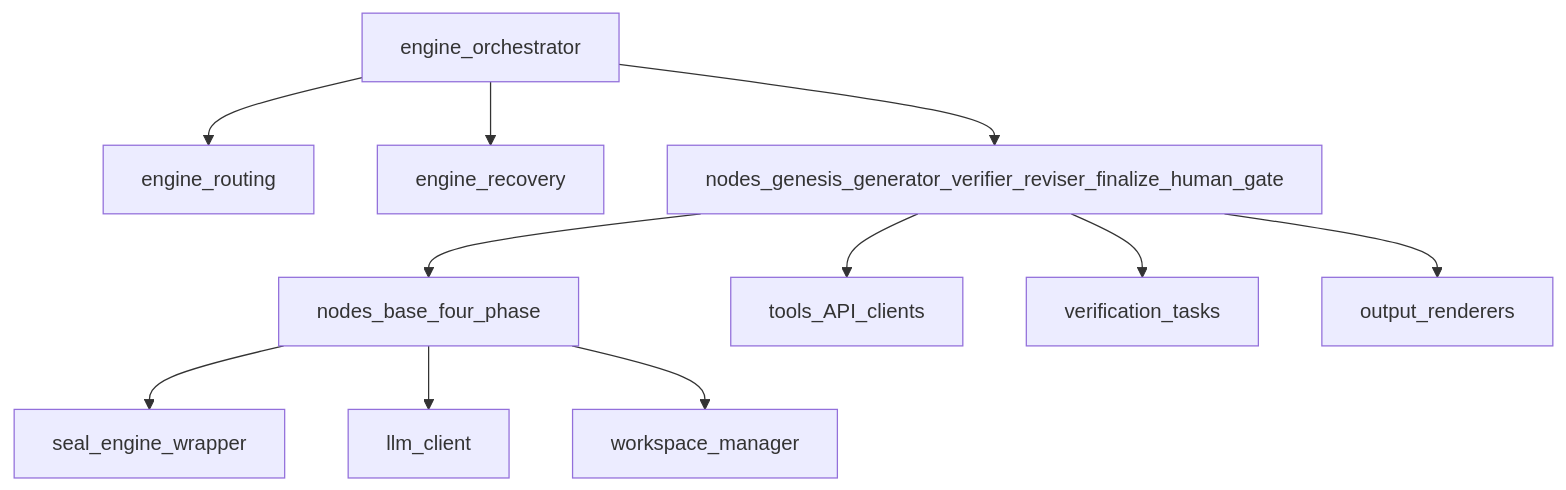
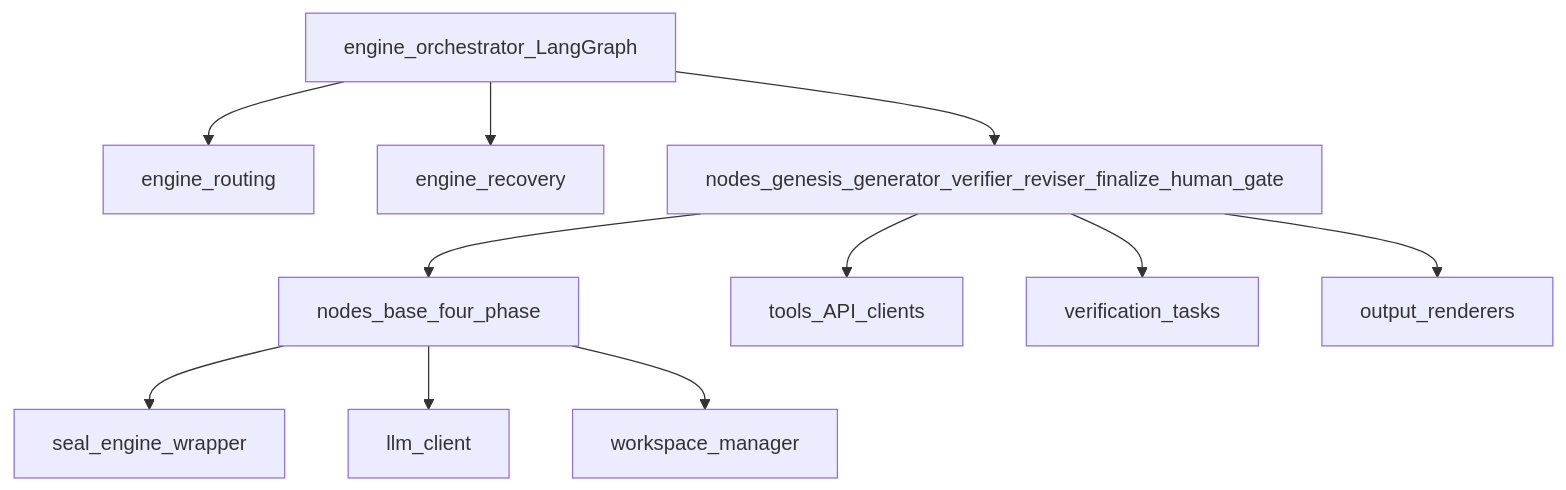
Before and after one commit to antiphoria/antiphoria-slop-research-factory: the diagram in docs/architecture/c4-components.md, drawn with Mermaid. The commit also changed other lines of this file and 11 other files, not shown here.

````diff
--- a/docs/architecture/c4-components.md
+++ b/docs/architecture/c4-components.md
@@ -7,25 +7,25 @@
 ```mermaid
 flowchart TB
-  Orchestrator[engine_orchestrator]
+  Orchestrator[engine_orchestrator_LangGraph]
   Routing[engine_routing]
   Recovery[engine_recovery]
   NodeImpl[nodes_genesis_generator_verifier_reviser_finalize_human_gate]
   BaseNode[nodes_base_four_phase]
   SealPkg[seal_engine_wrapper]
   LLMPkg[llm_client]
   ToolsPkg[tools_API_clients]
   VerifPkg[verification_tasks]
   OutputPkg[output_renderers]
   WSPkg[workspace_manager]
 
   Orchestrator --> Routing
   Orchestrator --> Recovery
   Orchestrator --> NodeImpl
   NodeImpl --> BaseNode
   BaseNode --> SealPkg
   BaseNode --> LLMPkg
   BaseNode --> WSPkg
   NodeImpl --> ToolsPkg
   NodeImpl --> VerifPkg
   NodeImpl --> OutputPkg
 ```
````
